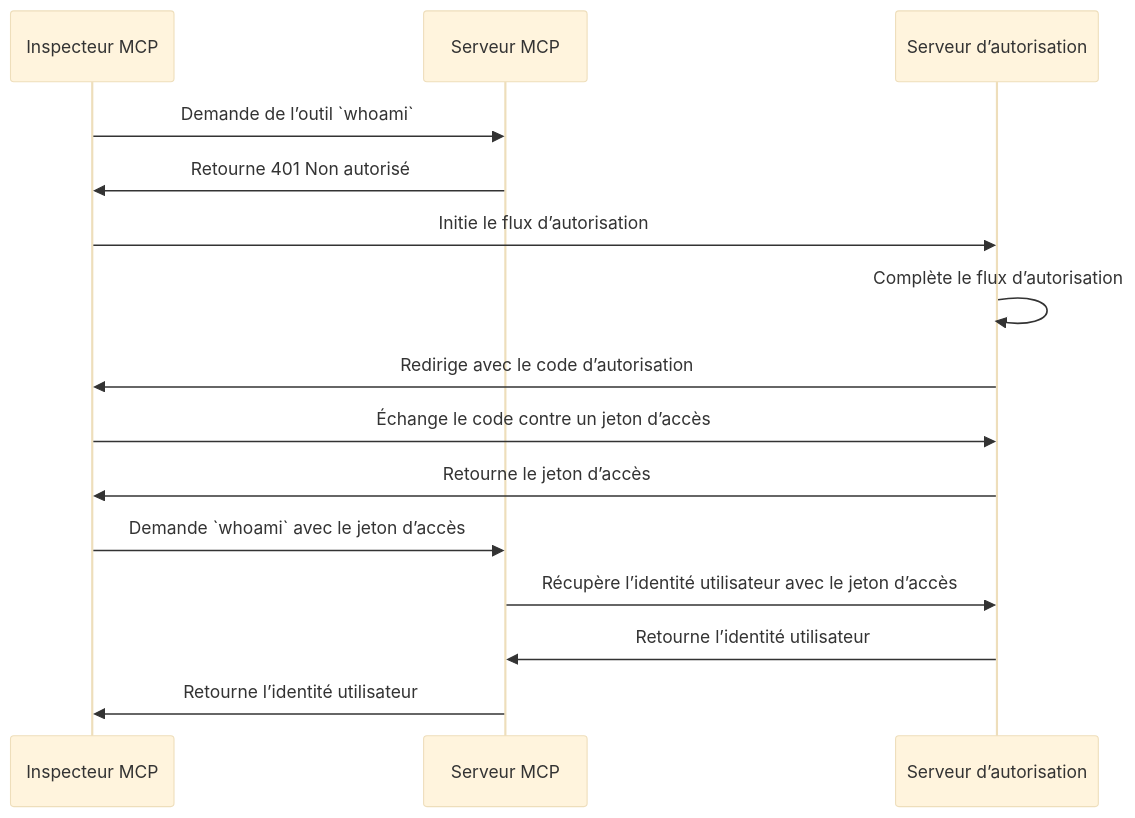
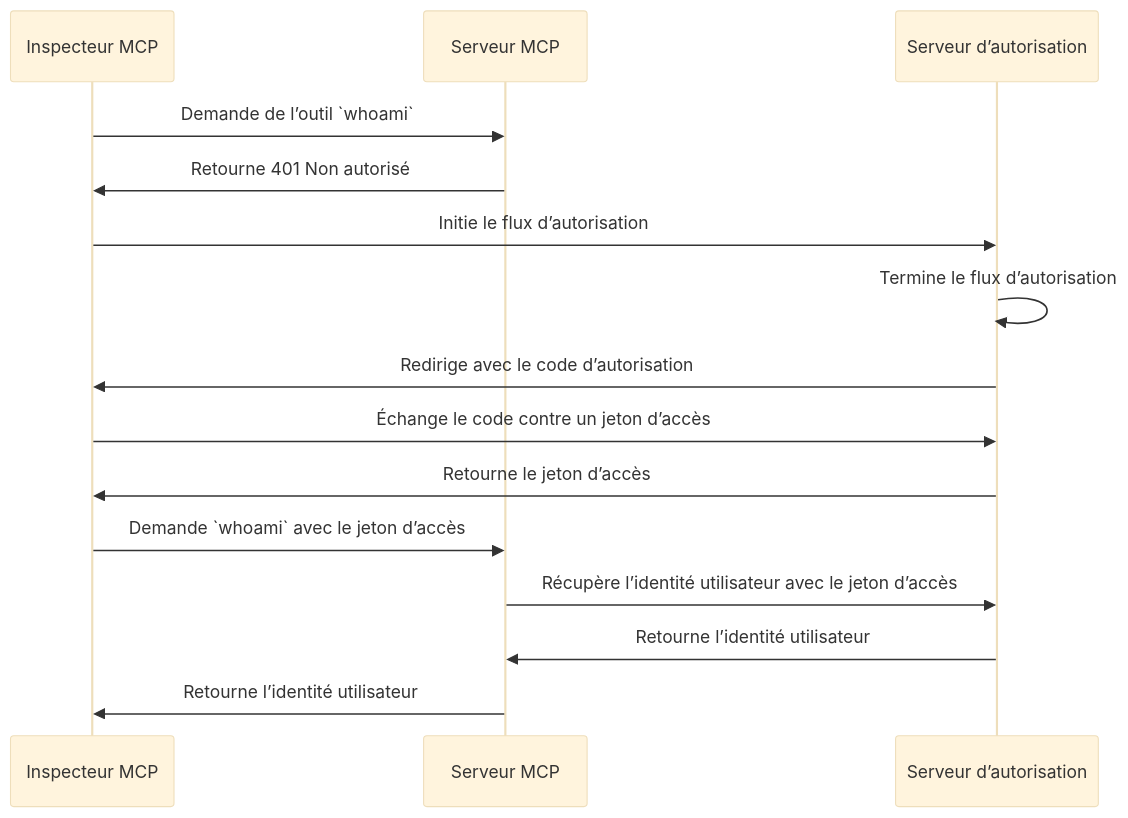
The diagram in i18n/fr/docusaurus-plugin-content-docs/current/tutorials/whoami/README.mdx (mcp-auth/docs), drawn with Mermaid (base theme) before and after one commit. The commit also changed other lines of this file and 17 other files, not shown here.

````diff
--- a/i18n/fr/docusaurus-plugin-content-docs/current/tutorials/whoami/README.mdx
+++ b/i18n/fr/docusaurus-plugin-content-docs/current/tutorials/whoami/README.mdx
@@ -31,18 +31,18 @@
 ```mermaid
 sequenceDiagram
     participant Client as Inspecteur MCP
     participant Server as Serveur MCP
     participant Auth as Serveur d’autorisation
 
     Client->>Server: Demande de l’outil `whoami`
     Server->>Client: Retourne 401 Non autorisé
     Client->>Auth: Initie le flux d’autorisation
-    Auth->>Auth: Complète le flux d’autorisation
+    Auth->>Auth: Termine le flux d’autorisation
     Auth->>Client: Redirige avec le code d’autorisation
     Client->>Auth: Échange le code contre un jeton d’accès
     Auth->>Client: Retourne le jeton d’accès
     Client->>Server: Demande `whoami` avec le jeton d’accès
     Server->>Auth: Récupère l’identité utilisateur avec le jeton d’accès
     Auth->>Server: Retourne l’identité utilisateur
     Server->>Client: Retourne l’identité utilisateur
 ```
````
